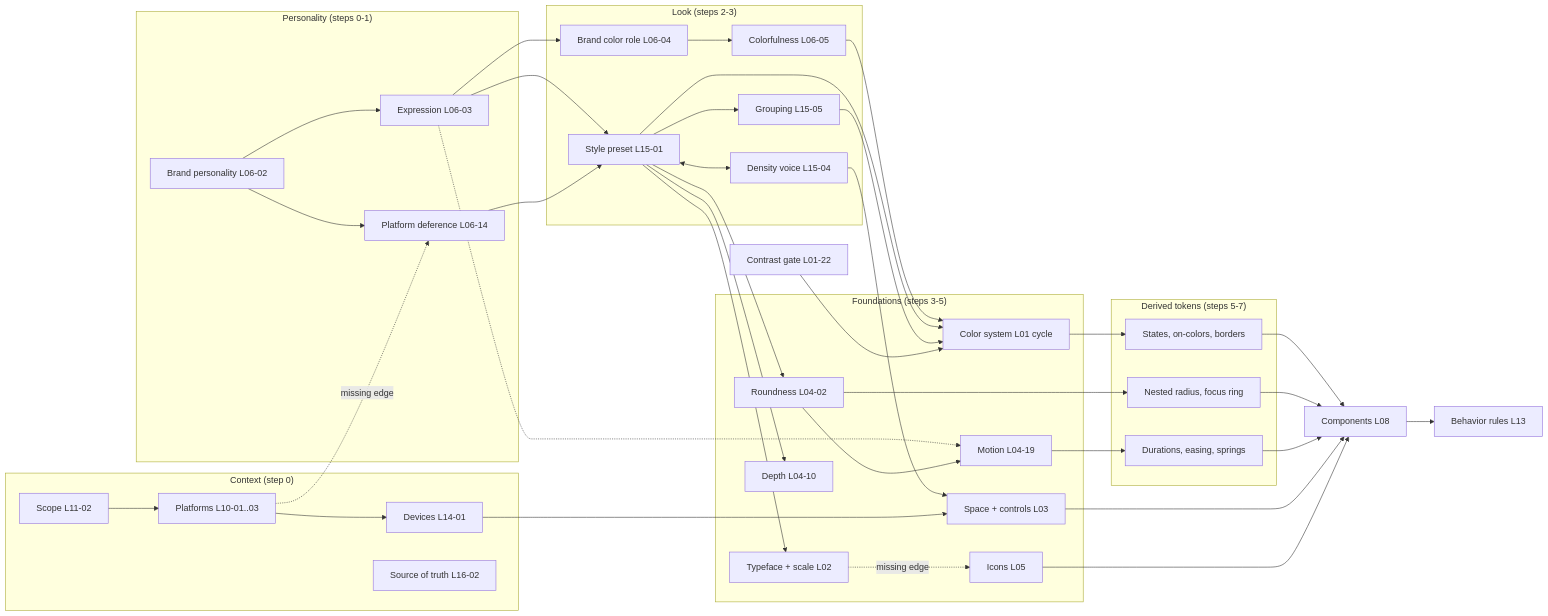
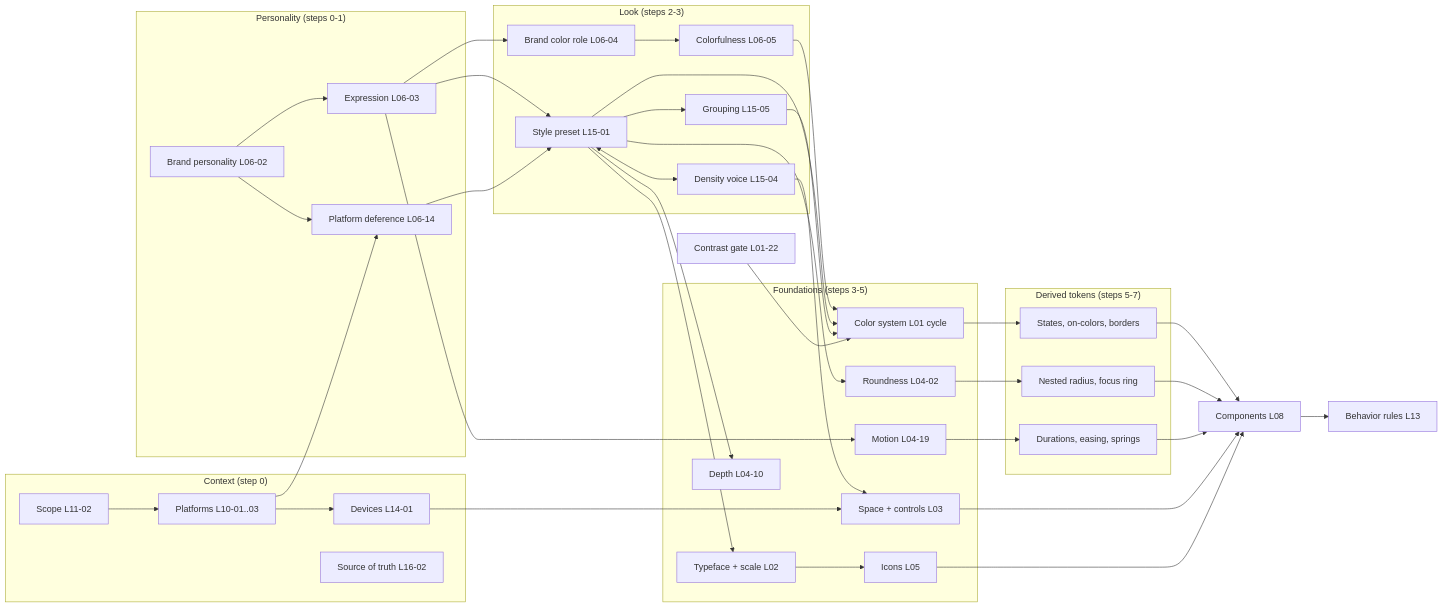
Before and after one commit to ckryptickunal/OpenDesigner: the diagram in synthesis/DECISION-GRAPH.md, drawn with Mermaid. The commit also changed other lines of this file and 87 other files, not shown here.

First line of the commit message:
Checkpoint: V1 verification (161 claims, 49 corrections), S2 ontology and graph follow-ups, T1 journey tracker phase A with opt-in anonymous sharing (journey.py, PRIVACY.md, reference receiver), partial U4 plain-language edits; all checks green (48 tests)

````diff
--- a/synthesis/DECISION-GRAPH.md
+++ b/synthesis/DECISION-GRAPH.md
@@ -79,58 +81,57 @@
 ```mermaid
 flowchart LR
   subgraph CTX["Context (step 0)"]
     SC["Scope L11-02"]
     PL["Platforms L10-01..03"]
     DV["Devices L14-01"]
     SOT["Source of truth L16-02"]
   end
   subgraph PER["Personality (steps 0-1)"]
     BP["Brand personality L06-02"]
     EX["Expression L06-03"]
     DF["Platform deference L06-14"]
   end
   subgraph LOOK["Look (steps 2-3)"]
     SP["Style preset L15-01"]
     DN["Density voice L15-04"]
     BC["Brand color role L06-04"]
     CS["Colorfulness L06-05"]
     GR["Grouping L15-05"]
   end
   subgraph FND["Foundations (steps 3-5)"]
     COL["Color system L01 cycle"]
     TYP["Typeface + scale L02"]
     SHP["Roundness L04-02"]
     DEP["Depth L04-10"]
     MOT["Motion L04-19"]
     SPC["Space + controls L03"]
     ICN["Icons L05"]
   end
   subgraph DET["Derived tokens (steps 5-7)"]
     ST["States, on-colors, borders"]
     NR["Nested radius, focus ring"]
     DUR["Durations, easing, springs"]
   end
   CMP["Components L08"]
   BEH["Behavior rules L13"]
   CON["Contrast gate L01-22"]
 
   SC --> PL --> DV
   BP --> EX & DF
-  PL -. missing edge .-> DF
+  PL --> DF
   EX --> SP & BC
   DF --> SP
   SP <--> DN
   BC --> CS --> COL
   SP --> COL & TYP & SHP & DEP
   SP --> GR --> COL
   DN --> SPC
-  EX -.-> MOT
-  SHP --> MOT
+  EX --> MOT
   CON --> COL
   COL --> ST
   SHP --> NR
   MOT --> DUR
-  TYP -. missing edge .-> ICN
+  TYP --> ICN
   DV --> SPC
   ST & NR & DUR & SPC & ICN --> CMP --> BEH
 ```
````
